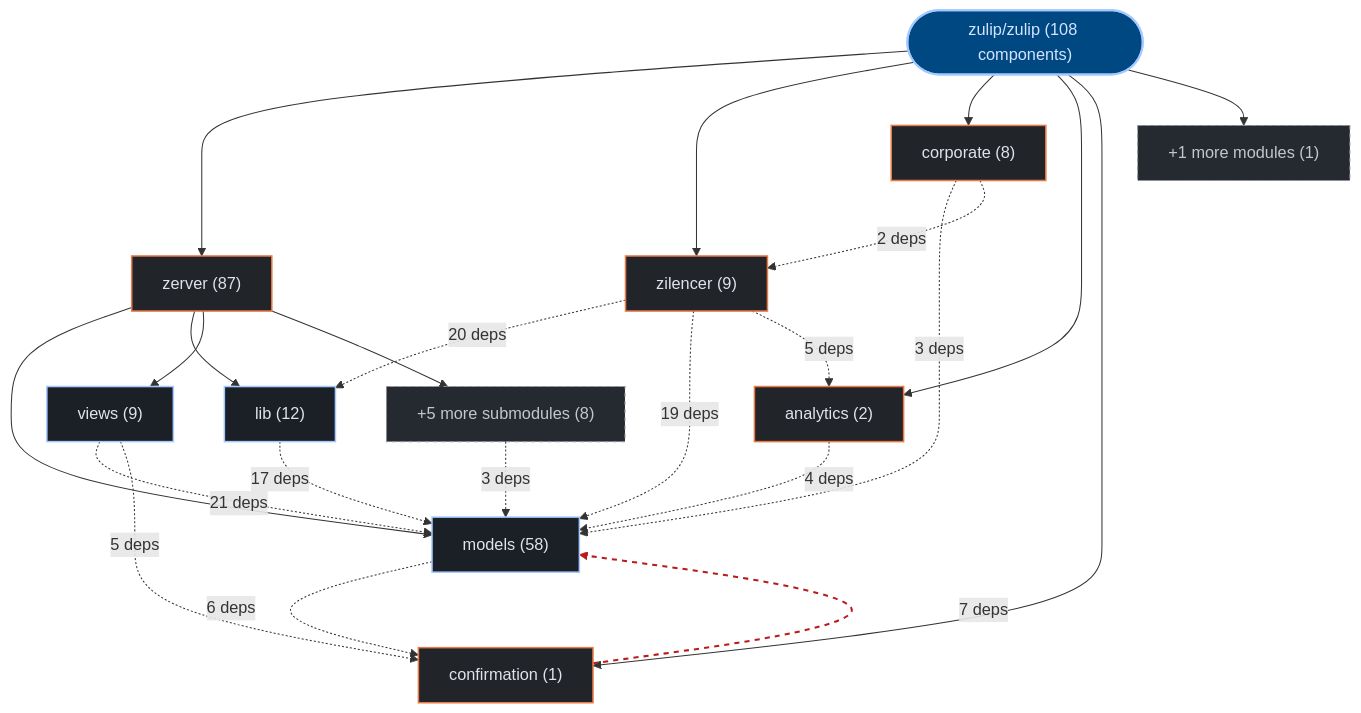
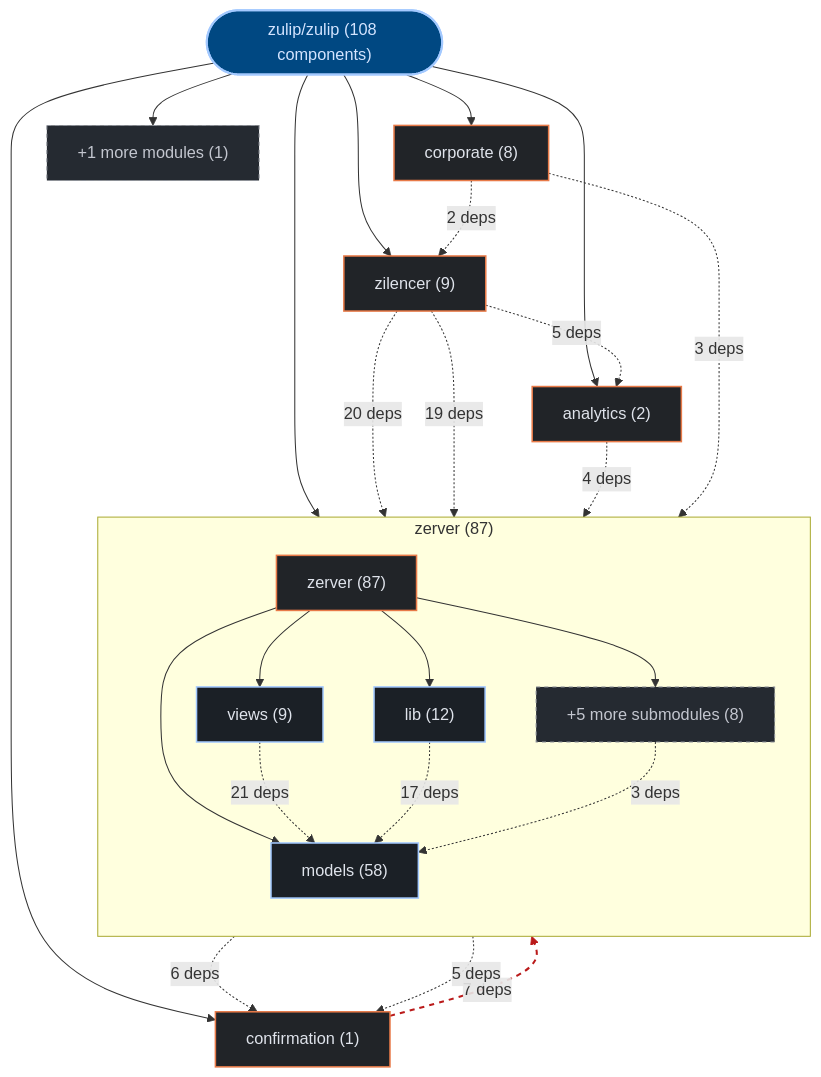
The first of 3 diagrams in exports/latest/reports/zulip-zulip-report.md (kumarshaz/atruss-code-atlas), drawn with Mermaid before and after one commit. The commit also changed 178 other files, not shown here.

Commit message:
feat(ui,mermaid): upgrade to mermaid v12 + ELK layout, add orgs-summary + pagination, subgraph building blocks, fix tab alignment

````diff
--- a/exports/latest/reports/zulip-zulip-report.md
+++ b/exports/latest/reports/zulip-zulip-report.md
@@ -42,44 +42,47 @@
 ```mermaid
 graph TD;
   classDef atlasRoot fill:#004882,stroke:#a3c9ff,stroke-width:2px,color:#d3e4ff
   classDef atlasCategory fill:#212428,stroke:#E87A48,stroke-width:1.5px,color:#dfe3eb
   classDef atlasWorkflow fill:#1b2026,stroke:#a3c9ff,stroke-width:1.5px,color:#dfe3eb
   classDef atlasJob fill:#171c22,stroke:#8d9199,stroke-width:1px,color:#dfe3eb
   classDef atlasTarget fill:#005227,stroke:#8bd99b,stroke-width:1.5px,color:#a7f6b6
   classDef atlasAlert fill:#93000a,stroke:#ffb4ab,stroke-width:1.5px,color:#ffdad6
   classDef atlasMore fill:#252a31,stroke:#8d9199,stroke-dasharray:4 4,color:#c3c6cf
     repo_root(["zulip/zulip (108 components)"]):::atlasRoot
-    dir_0_zerver["zerver (87)"]:::atlasCategory
+    subgraph sg_dir_0_zerver["zerver (87)"]
+      direction TB
+      dir_0_zerver["zerver (87)"]:::atlasCategory
+      sub_0_0_models["models (58)"]:::atlasWorkflow
+      dir_0_zerver --> sub_0_0_models
+      sub_0_1_lib["lib (12)"]:::atlasWorkflow
+      dir_0_zerver --> sub_0_1_lib
+      sub_0_2_views["views (9)"]:::atlasWorkflow
+      dir_0_zerver --> sub_0_2_views
+      sub_0_more["+5 more submodules (8)"]:::atlasMore
+      dir_0_zerver --> sub_0_more
+    end
     repo_root --> dir_0_zerver
-    sub_0_0_models["models (58)"]:::atlasWorkflow
-    dir_0_zerver --> sub_0_0_models
-    sub_0_1_lib["lib (12)"]:::atlasWorkflow
-    dir_0_zerver --> sub_0_1_lib
-    sub_0_2_views["views (9)"]:::atlasWorkflow
-    dir_0_zerver --> sub_0_2_views
-    sub_0_more["+5 more submodules (8)"]:::atlasMore
-    dir_0_zerver --> sub_0_more
     dir_1_zilencer["zilencer (9)"]:::atlasCategory
     repo_root --> dir_1_zilencer
     dir_2_corporate["corporate (8)"]:::atlasCategory
     repo_root --> dir_2_corporate
     dir_3_analytics["analytics (2)"]:::atlasCategory
     repo_root --> dir_3_analytics
     dir_4_confirmation["confirmation (1)"]:::atlasCategory
     repo_root --> dir_4_confirmation
     dir_other_modules["+1 more modules (1)"]:::atlasMore
     repo_root --> dir_other_modules
     sub_0_2_views -.->|"21 deps"| sub_0_0_models
     dir_1_zilencer -.->|"20 deps"| sub_0_1_lib
     dir_1_zilencer -.->|"19 deps"| sub_0_0_models
     sub_0_1_lib -.->|"17 deps"| sub_0_0_models
     dir_4_confirmation -.->|"7 deps"| sub_0_0_models
     sub_0_0_models -.->|"6 deps"| dir_4_confirmation
     dir_1_zilencer -.->|"5 deps"| dir_3_analytics
     sub_0_2_views -.->|"5 deps"| dir_4_confirmation
     dir_3_analytics -.->|"4 deps"| sub_0_0_models
     dir_2_corporate -.->|"3 deps"| sub_0_0_models
     sub_0_more -.->|"3 deps"| sub_0_0_models
     dir_2_corporate -.->|"2 deps"| dir_1_zilencer
     linkStyle 14 stroke:#ba1a1a,stroke-width:2px,stroke-dasharray: 5 5
 ```
````
